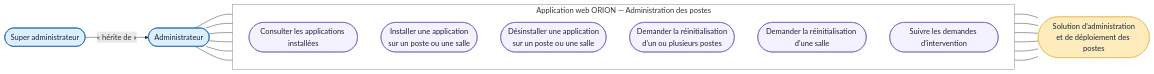
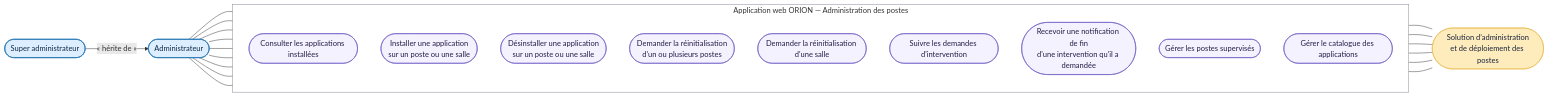
The diagram in docs/02-ANALYSE/02-CAPTURE-DES-BESOINS/09-DCU-ADMINISTRATION-POSTES.md (bpierrelouis/aster), drawn with Mermaid before and after one commit. The commit also changed other lines of this file and 21 other files, not shown here.

First line of the commit message:
docs(uml): produire les livrables UML de l'analyse et le modèle physique

````diff
--- a/docs/02-ANALYSE/02-CAPTURE-DES-BESOINS/09-DCU-ADMINISTRATION-POSTES.md
+++ b/docs/02-ANALYSE/02-CAPTURE-DES-BESOINS/09-DCU-ADMINISTRATION-POSTES.md
@@ -9,41 +9,48 @@
 ```mermaid
 flowchart LR
     administrateur(["Administrateur"])
     superAdministrateur(["Super administrateur"])
 
     superAdministrateur -->|« hérite de »| administrateur
 
     subgraph orion["Application web ORION — Administration des postes"]
         direction TB
         consulterApplications(["Consulter les applications installées"])
         installerApplication(["Installer une application<br/>sur un poste ou une salle"])
         desinstallerApplication(["Désinstaller une application<br/>sur un poste ou une salle"])
         demanderPoste(["Demander la réinitialisation<br/>d'un ou plusieurs postes"])
         demanderSalle(["Demander la réinitialisation d'une salle"])
         suivreInterventions(["Suivre les demandes d'intervention"])
+        recevoirFin(["Recevoir une notification de fin<br/>d'une intervention qu'il a demandée"])
+        gererPostes(["Gérer les postes supervisés"])
+        gererCatalogue(["Gérer le catalogue des applications"])
     end
 
     administrationDistante(["Solution d’administration<br/>et de déploiement des postes"])
 
     administrateur --- consulterApplications
     administrateur --- installerApplication
     administrateur --- desinstallerApplication
     administrateur --- demanderPoste
     administrateur --- demanderSalle
     administrateur --- suivreInterventions
+    administrateur --- recevoirFin
+    administrateur --- gererPostes
+    administrateur --- gererCatalogue
+
     consulterApplications --- administrationDistante
     installerApplication --- administrationDistante
     desinstallerApplication --- administrationDistante
     demanderPoste --- administrationDistante
     demanderSalle --- administrationDistante
     suivreInterventions --- administrationDistante
 
     classDef acteurReel fill:#DCEEFF,stroke:#2878B5,color:#102A43,stroke-width:1.5px
     classDef acteurSecondaire fill:#FFECBD,stroke:#E8B84E,color:#17243B
     classDef casUtilisation fill:#F5F2FF,stroke:#6954C0,color:#241C45
     class administrateur,superAdministrateur acteurReel
     class administrationDistante acteurSecondaire
-    class consulterApplications,installerApplication,desinstallerApplication,demanderPoste,demanderSalle,suivreInterventions casUtilisation
+    class consulterApplications,installerApplication,desinstallerApplication,demanderPoste,demanderSalle,suivreInterventions,recevoirFin,gererPostes,gererCatalogue casUtilisation
 
     style orion fill:none,stroke:#7D8793,stroke-width:1px
 ```
````
